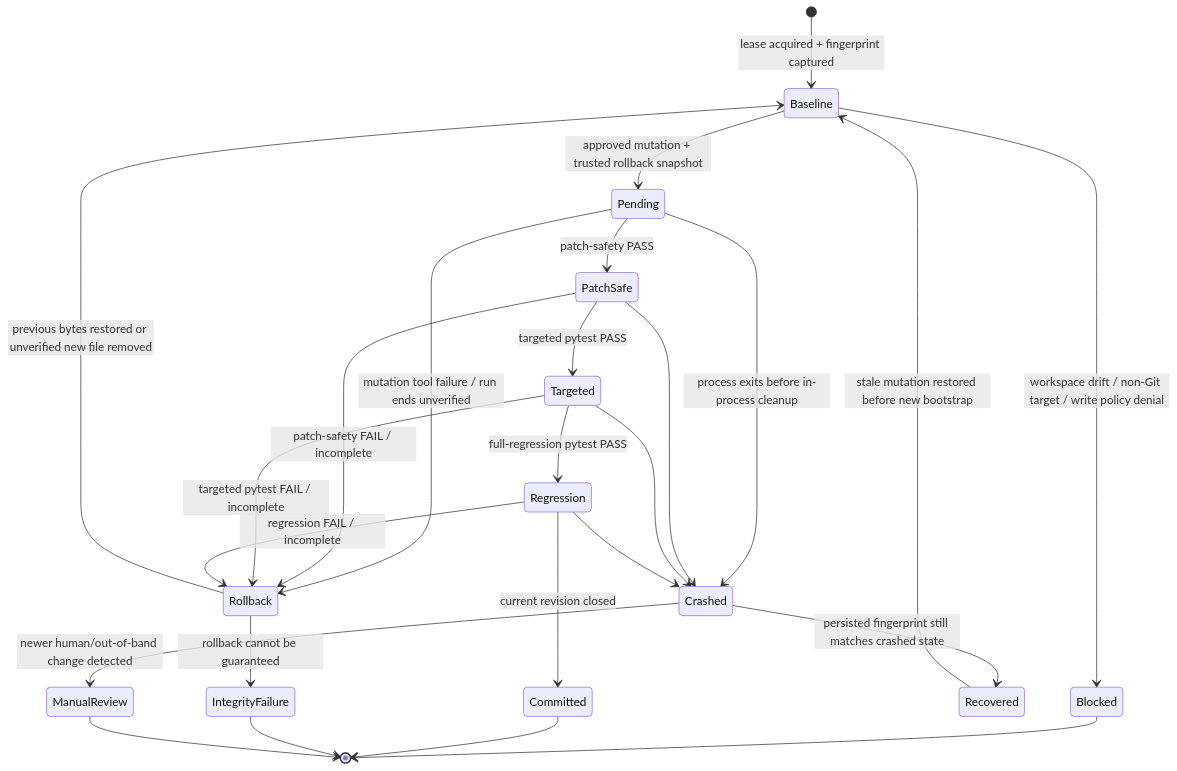
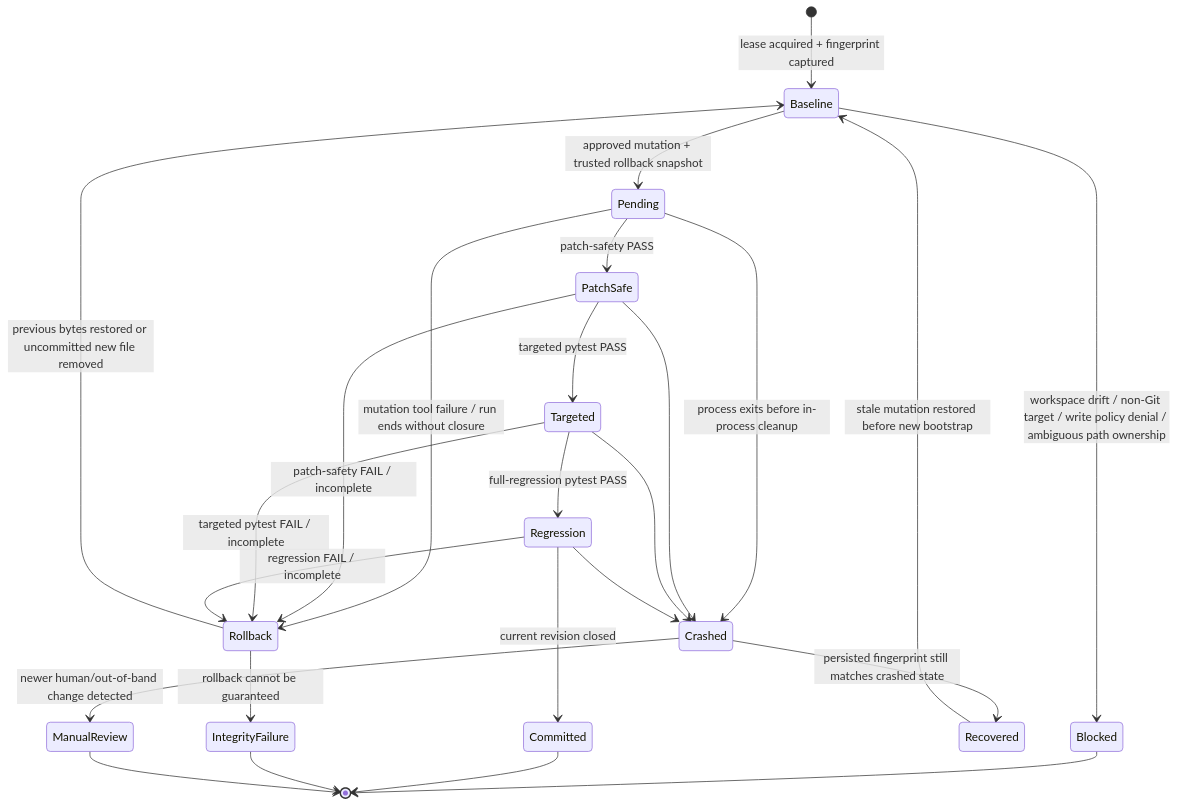
The diagram in docs/RUNTIME_CONTROL.md (portyu9/ai-qa-automation), drawn with Mermaid before and after one commit. The commit also changed other lines of this file and 47 other files, not shown here.

````diff
--- a/docs/RUNTIME_CONTROL.md
+++ b/docs/RUNTIME_CONTROL.md
@@ -17,36 +19,36 @@
 ```mermaid
 stateDiagram-v2
     [*] --> Baseline: lease acquired + fingerprint captured
 
-    Baseline --> Blocked: workspace drift / non-Git target / write policy denial
+    Baseline --> Blocked: workspace drift / non-Git target / write policy denial / ambiguous path ownership
     Baseline --> Pending: approved mutation + trusted rollback snapshot
 
     Pending --> PatchSafe: patch-safety PASS
-    Pending --> Rollback: mutation tool failure / run ends unverified
+    Pending --> Rollback: mutation tool failure / run ends without closure
 
     PatchSafe --> Targeted: targeted pytest PASS
     PatchSafe --> Rollback: patch-safety FAIL / incomplete
 
     Targeted --> Regression: full-regression pytest PASS
     Targeted --> Rollback: targeted pytest FAIL / incomplete
 
     Regression --> Committed: current revision closed
     Regression --> Rollback: regression FAIL / incomplete
 
-    Rollback --> Baseline: previous bytes restored or unverified new file removed
+    Rollback --> Baseline: previous bytes restored or uncommitted new file removed
     Rollback --> IntegrityFailure: rollback cannot be guaranteed
 
     Pending --> Crashed: process exits before in-process cleanup
     PatchSafe --> Crashed
     Targeted --> Crashed
     Regression --> Crashed
 
     Crashed --> Recovered: persisted fingerprint still matches crashed state
     Recovered --> Baseline: stale mutation restored before new bootstrap
     Crashed --> ManualReview: newer human/out-of-band change detected
 
     Blocked --> [*]
     Committed --> [*]
     IntegrityFailure --> [*]
     ManualReview --> [*]
 ```
````
